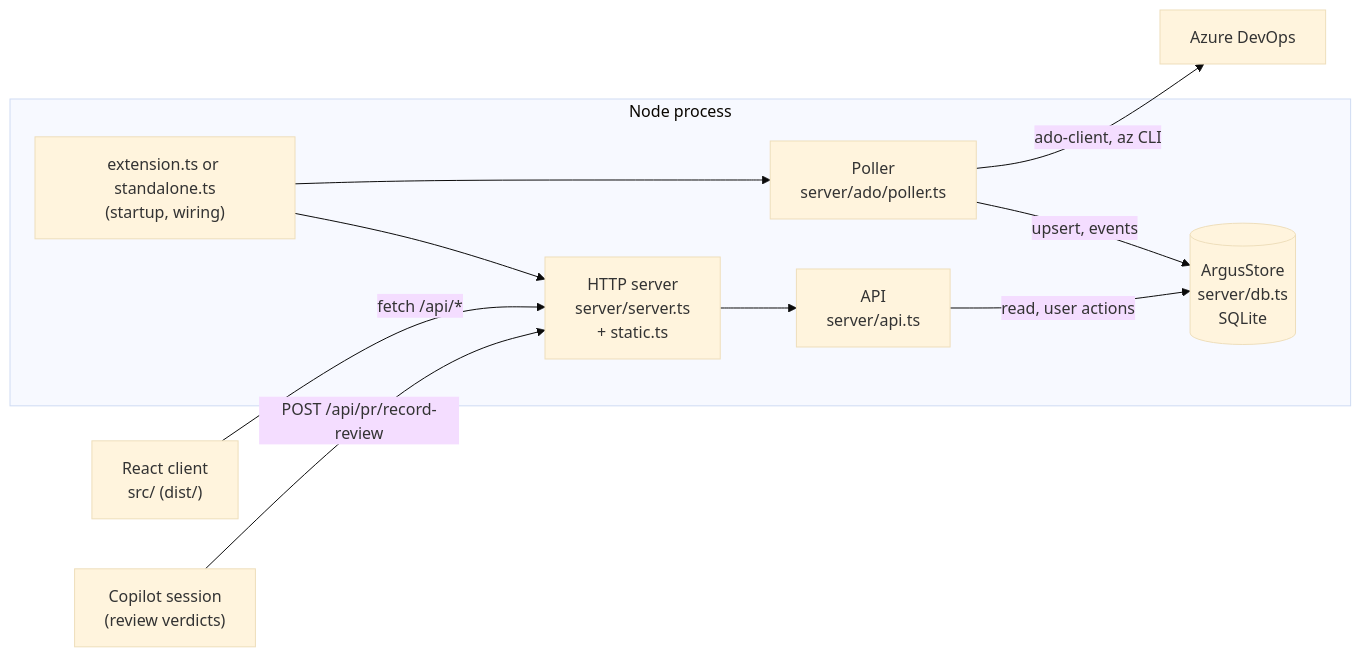
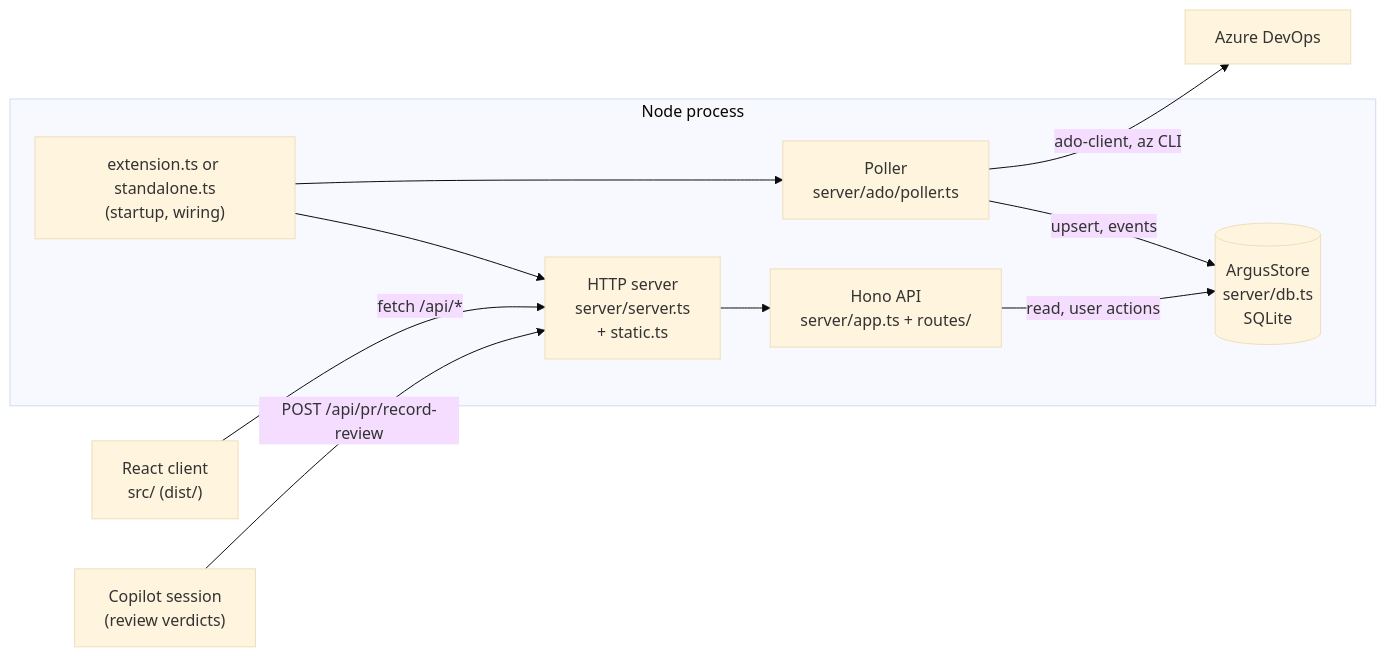
The diagram in docs/ARCHITECTURE.md (WretchedDade/argus), drawn with Mermaid (base theme) before and after one commit. The commit also changed other lines of this file and 12 other files, not shown here.

````diff
--- a/docs/ARCHITECTURE.md
+++ b/docs/ARCHITECTURE.md
@@ -20,22 +20,22 @@
 ```mermaid
 flowchart LR
     subgraph Host["Node process"]
         EXT["extension.ts or standalone.ts<br/>(startup, wiring)"]
         POLL["Poller<br/>server/ado/poller.ts"]
         STORE[("ArgusStore<br/>server/db.ts<br/>SQLite")]
-        API["API<br/>server/api.ts"]
+        API["Hono API<br/>server/app.ts + routes/"]
         HTTP["HTTP server<br/>server/server.ts<br/>+ static.ts"]
     end
     ADO["Azure DevOps"]
     CLIENT["React client<br/>src/ (dist/)"]
     SESSION["Copilot session<br/>(review verdicts)"]
 
     EXT --> POLL
     EXT --> HTTP
     POLL -- "ado-client, az CLI" --> ADO
     POLL -- "upsert, events" --> STORE
     HTTP --> API
     API -- "read, user actions" --> STORE
     CLIENT -- "fetch /api/*" --> HTTP
     SESSION -- "POST /api/pr/record-review" --> HTTP
 ```
````
